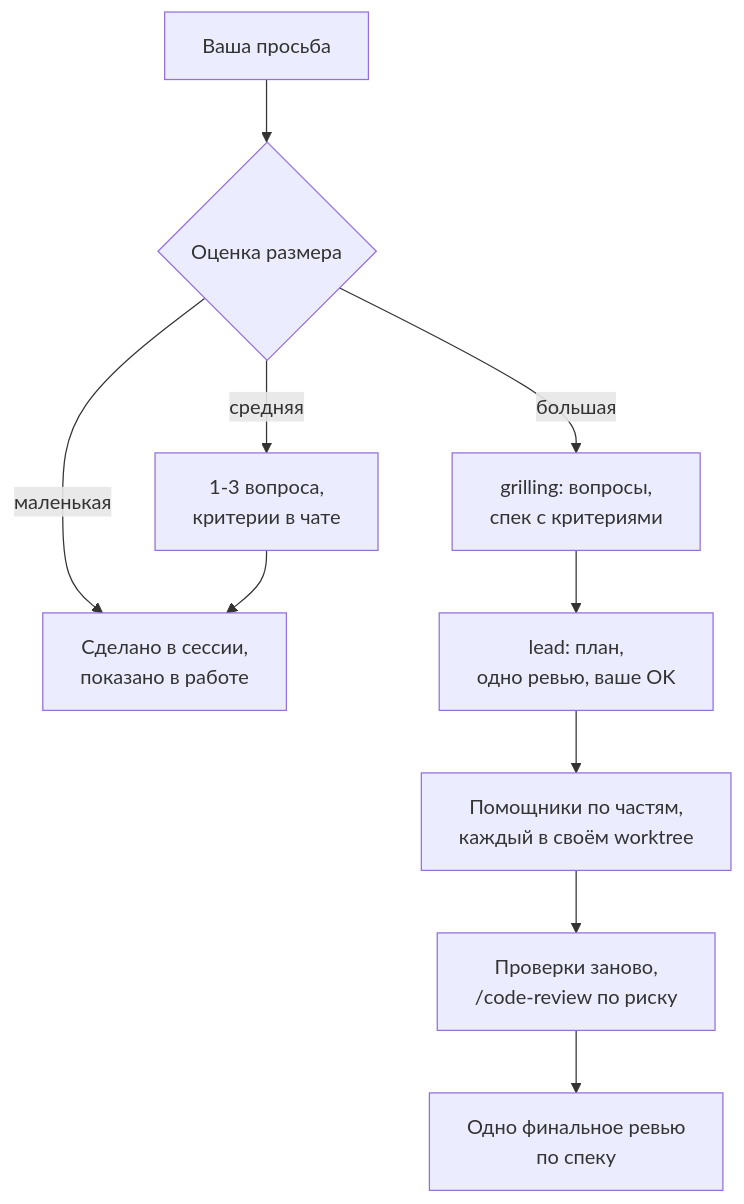
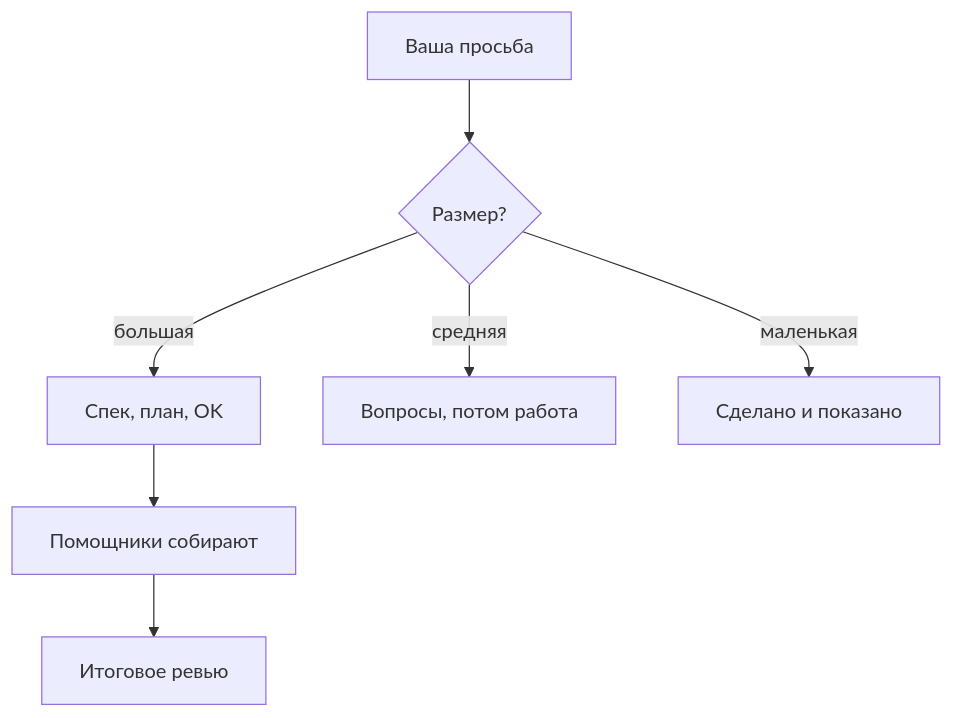
Before and after one commit to tigran-martirosian/ai-coding-setup: the diagram in README.ru.md, drawn with Mermaid. The commit also changed other lines of this file and 257 other files, not shown here.

````diff
--- a/README.ru.md
+++ b/README.ru.md
@@ -30,11 +30,9 @@
 ```mermaid
 flowchart TD
-  ask["Ваша просьба"] --> size{"Оценка размера"}
-  size -->|маленькая| here["Сделано в сессии,<br>показано в работе"]
-  size -->|средняя| few["1-3 вопроса,<br>критерии в чате"] --> here
-  size -->|большая| grill["grilling: вопросы,<br>спек с критериями"]
-  grill --> plan["lead: план,<br>одно ревью, ваше OK"]
-  plan --> work["Помощники по частям,<br>каждый в своём worktree"]
-  work --> check["Проверки заново,<br>/code-review по риску"]
-  check --> review["Одно финальное ревью<br>по спеку"]
+  ask["Ваша просьба"] --> size{"Размер?"}
+  size -->|большая| spec["Спек, план, OK"]
+  spec --> helpers["Помощники собирают"]
+  helpers --> review["Итоговое ревью"]
+  size -->|средняя| few["Вопросы, потом работа"]
+  size -->|маленькая| small["Сделано и показано"]
 ```
````
